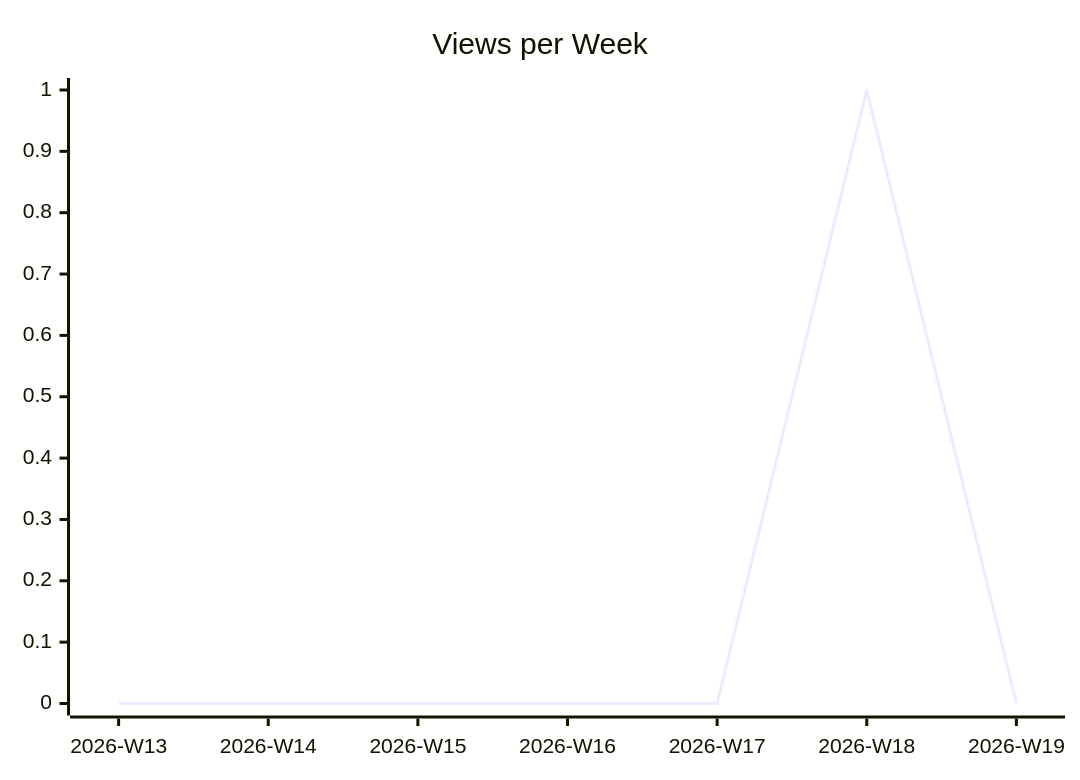
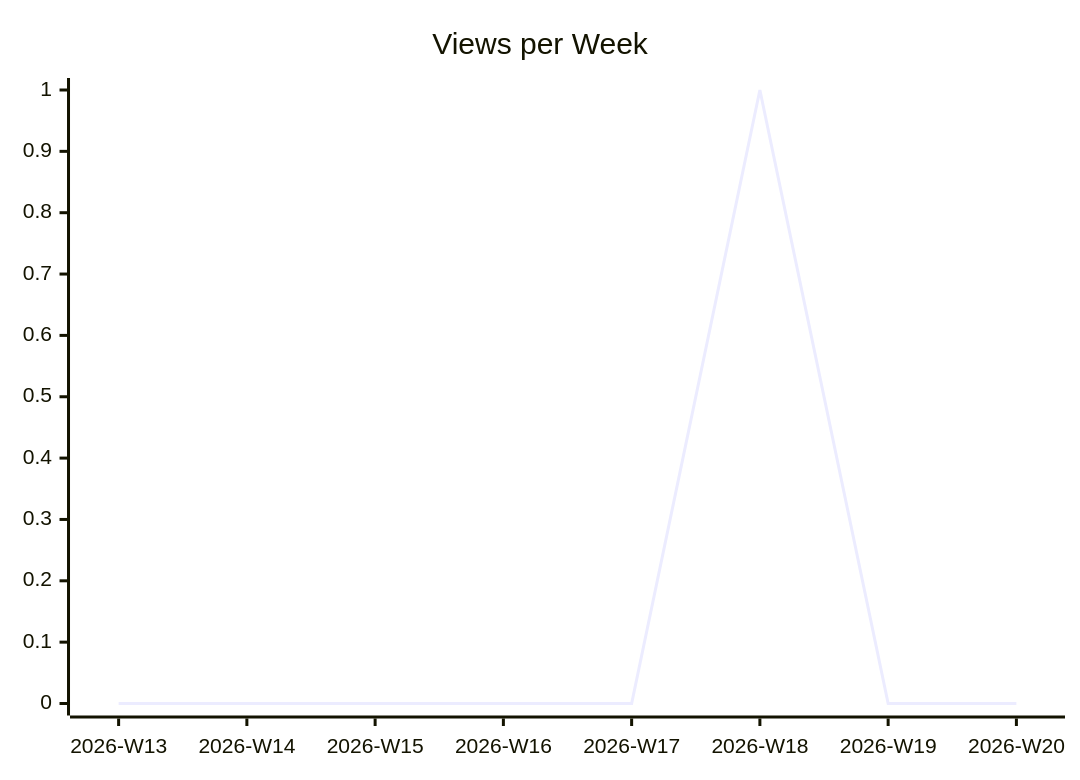
The second of 3 diagrams in karlmdavis/justdavis-karl/README.md (justdavis-family/github-analytics-data), drawn with Mermaid before and after one commit. The commit also changed other lines of this file and 176 other files, not shown here.

````diff
--- a/karlmdavis/justdavis-karl/README.md
+++ b/karlmdavis/justdavis-karl/README.md
@@ -12,6 +12,6 @@
 ```mermaid
 xychart-beta
   title "Views per Week"
-  x-axis ["2026-W13", "2026-W14", "2026-W15", "2026-W16", "2026-W17", "2026-W18", "2026-W19"]
-  line [0, 0, 0, 0, 0, 1, 0]
+  x-axis ["2026-W13", "2026-W14", "2026-W15", "2026-W16", "2026-W17", "2026-W18", "2026-W19", "2026-W20"]
+  line [0, 0, 0, 0, 0, 1, 0, 0]
 ```
````
